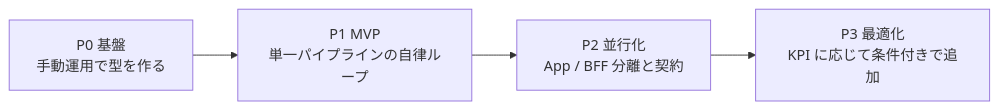
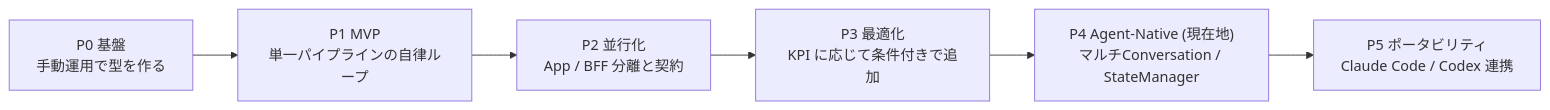
Before and after one commit to Calpim/agentic-dev-sandbox: the diagram in docs/ROADMAP.md, drawn with Mermaid. The commit also changed other lines of this file and 13 other files, not shown here.

First line of the commit message:
feat(workflow): migrate to v4.0 agent-native multi-conversation architecture

````diff
--- a/docs/ROADMAP.md
+++ b/docs/ROADMAP.md
@@ -13,6 +13,8 @@
 ```mermaid
 flowchart LR
     P0["P0 基盤<br>手動運用で型を作る"] --> P1["P1 MVP<br>単一パイプラインの自律ループ"]
     P1 --> P2["P2 並行化<br>App / BFF 分離と契約"]
     P2 --> P3["P3 最適化<br>KPI に応じて条件付きで追加"]
+    P3 --> P4["P4 Agent-Native (現在地)<br>マルチConversation / StateManager"]
+    P4 --> P5["P5 ポータビリティ<br>Claude Code / Codex 連携"]
 ```
````
